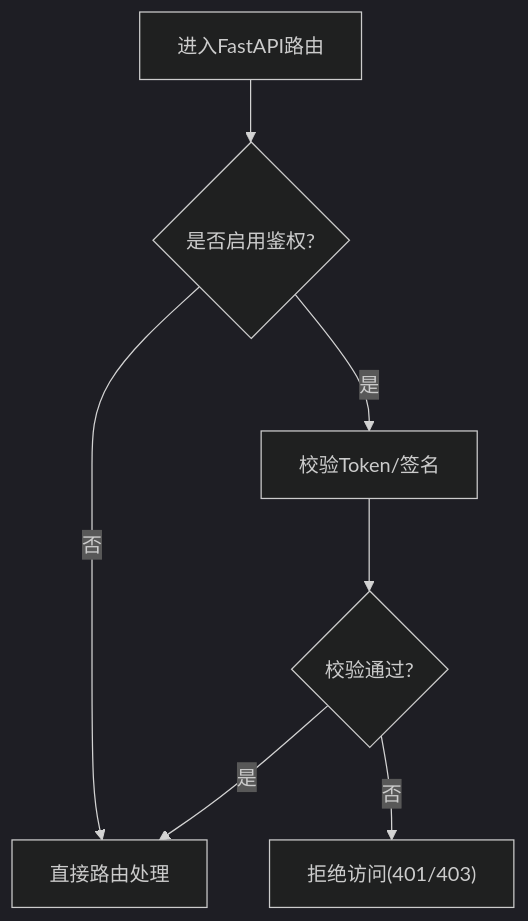
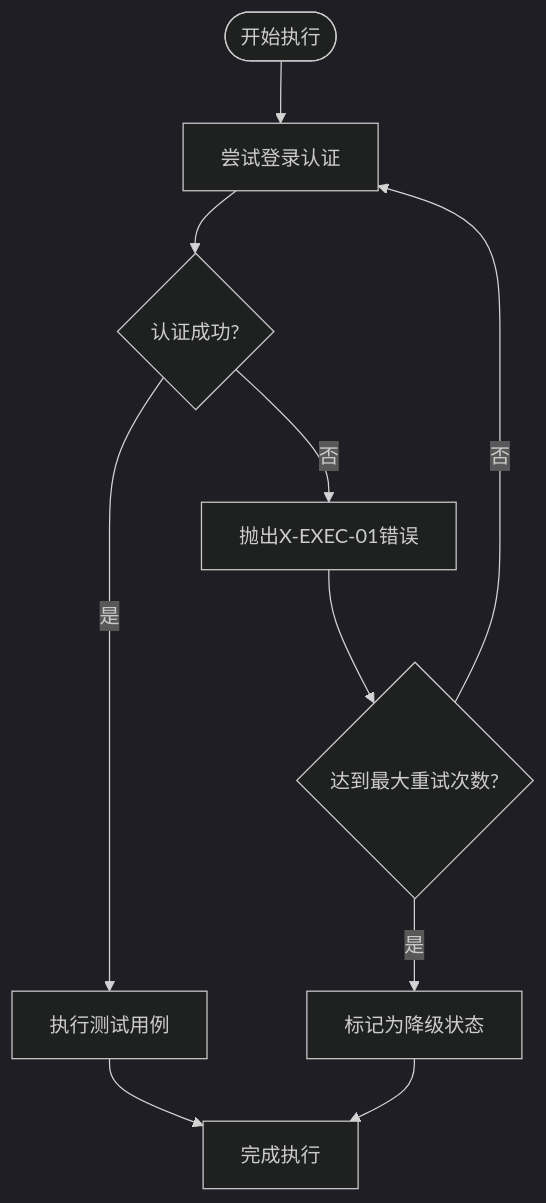
Before and after one commit to Joeyzheng001/LLM-AutoTest: the seventh of 10 diagrams in .qoder/repowiki/zh/content/API参考文档/认证授权.md, drawn with Mermaid (dark theme). The commit also changed other lines of this file and 94 other files, not shown here.

````diff
--- a/.qoder/repowiki/zh/content/API参考文档/认证授权.md
+++ b/.qoder/repowiki/zh/content/API参考文档/认证授权.md
@@ -171,9 +342,12 @@
 ```mermaid
 flowchart TD
-Req["进入FastAPI路由"] --> CheckAuth{"是否启用鉴权?"}
-CheckAuth --> |否| Route["直接路由处理"]
-CheckAuth --> |是| Validate["校验Token/签名"]
-Validate --> Valid{"校验通过?"}
-Valid --> |是| Route
-Valid --> |否| Deny["拒绝访问(401/403)"]
+Start(["开始执行"]) --> Login["尝试登录认证"]
+Login --> Success{"认证成功?"}
+Success --> |是| Execute["执行测试用例"]
+Success --> |否| Error["抛出X-EXEC-01错误"]
+Error --> Retry{"达到最大重试次数?"}
+Retry --> |否| Login
+Retry --> |是| Degrade["标记为降级状态"]
+Execute --> Complete["完成执行"]
+Degrade --> Complete
 ```
````
